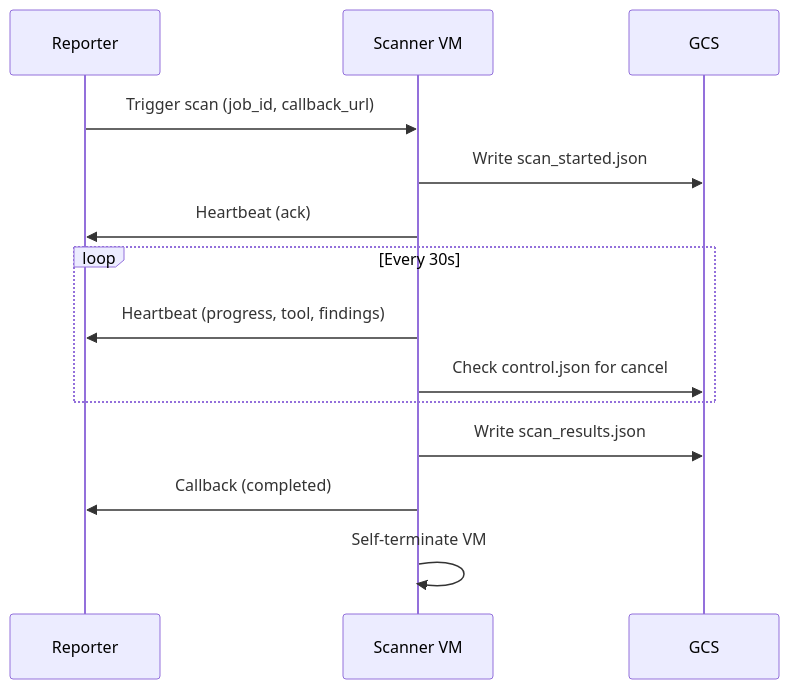
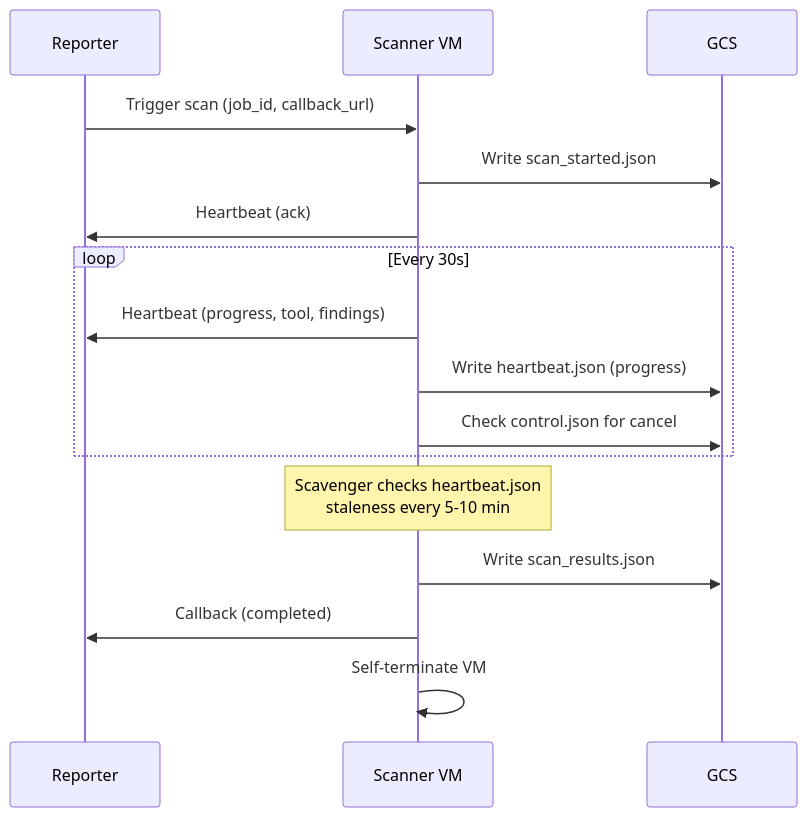
Before and after one commit to Peregrine-Technology-Systems/peregrine-penetrator-scanner: the third of 3 diagrams in README.md, drawn with Mermaid. The commit also changed other lines of this file and 2 other files, not shown here.

````diff
--- a/README.md
+++ b/README.md
@@ -73,19 +77,22 @@
 ```mermaid
 sequenceDiagram
     participant R as Reporter
     participant S as Scanner VM
     participant G as GCS
 
     R->>S: Trigger scan (job_id, callback_url)
     S->>G: Write scan_started.json
     S->>R: Heartbeat (ack)
 
     loop Every 30s
         S->>R: Heartbeat (progress, tool, findings)
+        S->>G: Write heartbeat.json (progress)
         S->>G: Check control.json for cancel
     end
+
+    Note over S: Scavenger checks heartbeat.json<br/>staleness every 5-10 min
 
     S->>G: Write scan_results.json
     S->>R: Callback (completed)
     S->>S: Self-terminate VM
 ```
````
